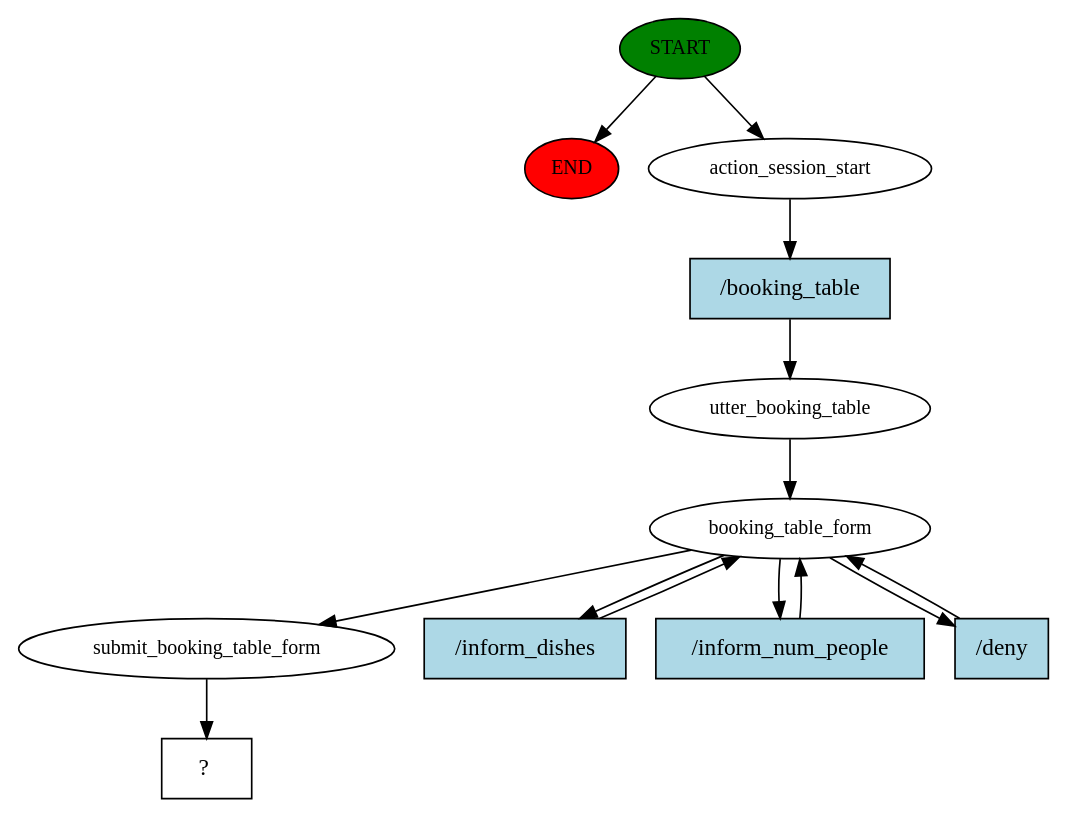
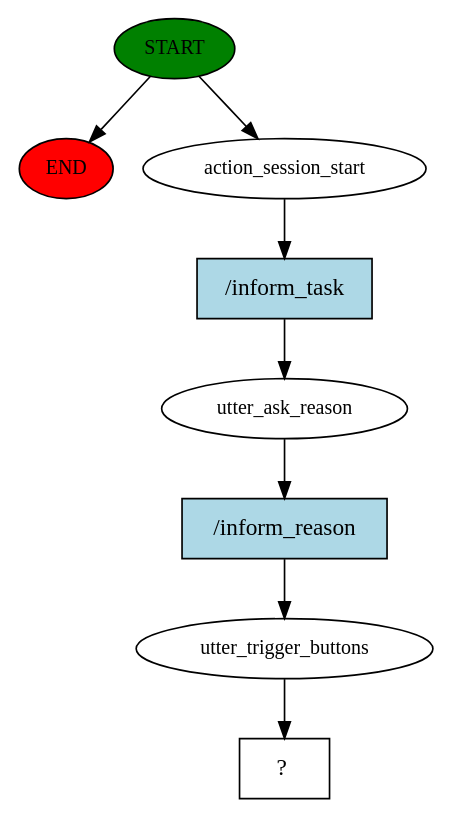
The diagram in story_graph.dot (pawel22222/project-test), drawn with Graphviz before and after one commit. The commit also changed 5 other files, not shown here.

Commit message:
err: utter_trigger_buttons not working

```diff
--- a/story_graph.dot
+++ b/story_graph.dot
@@ -1,26 +1,17 @@
 digraph  {
 0 [class="start active", fillcolor=green, fontsize=12, label=START, style=filled];
 "-1" [class=end, fillcolor=red, fontsize=12, label=END, style=filled];
 1 [class=active, fontsize=12, label=action_session_start];
-2 [class=active, fontsize=12, label=utter_booking_table];
-3 [class=active, fontsize=12, label=booking_table_form];
-7 [class=active, fontsize=12, label=submit_booking_table_form];
-8 [class="intent dashed active", label="  ?  ", shape=rect];
-9 [class="intent active", fillcolor=lightblue, label="/booking_table", shape=rect, style=filled];
-10 [class="intent active", fillcolor=lightblue, label="/inform_dishes", shape=rect, style=filled];
-11 [class="intent active", fillcolor=lightblue, label="/inform_num_people", shape=rect, style=filled];
-12 [class="intent active", fillcolor=lightblue, label="/deny", shape=rect, style=filled];
+2 [class=active, fontsize=12, label=utter_ask_reason];
+3 [class=active, fontsize=12, label=utter_trigger_buttons];
+4 [class="intent dashed active", label="  ?  ", shape=rect];
+5 [class="intent active", fillcolor=lightblue, label="/inform_task", shape=rect, style=filled];
+6 [class="intent active", fillcolor=lightblue, label="/inform_reason", shape=rect, style=filled];
 0 -> "-1"  [class="", key=NONE, label=""];
 0 -> 1  [class=active, key=NONE, label=""];
-1 -> 9  [class=active, key=0];
-2 -> 3  [class=active, key=NONE, label=""];
-3 -> 7  [class=active, key=NONE, label=""];
-3 -> 10  [class=active, key=0];
-3 -> 11  [class=active, key=0];
-3 -> 12  [class=active, key=0];
-7 -> 8  [class=active, key=NONE, label=""];
-9 -> 2  [class=active, key=0];
-10 -> 3  [class=active, key=0];
-11 -> 3  [class=active, key=0];
-12 -> 3  [class=active, key=0];
+1 -> 5  [class=active, key=0];
+2 -> 6  [class=active, key=0];
+3 -> 4  [class=active, key=NONE, label=""];
+5 -> 2  [class=active, key=0];
+6 -> 3  [class=active, key=0];
 }
```
